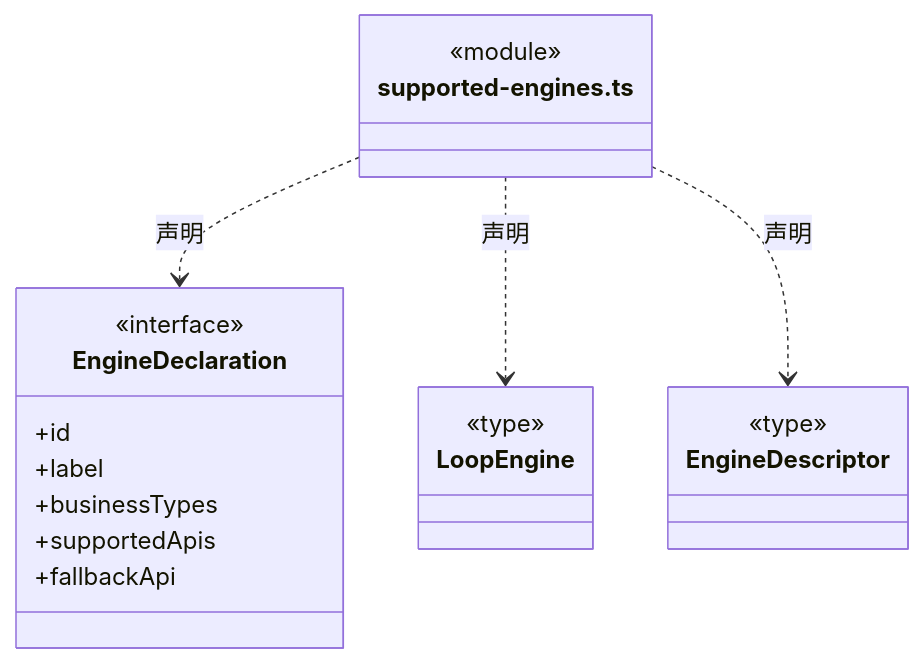
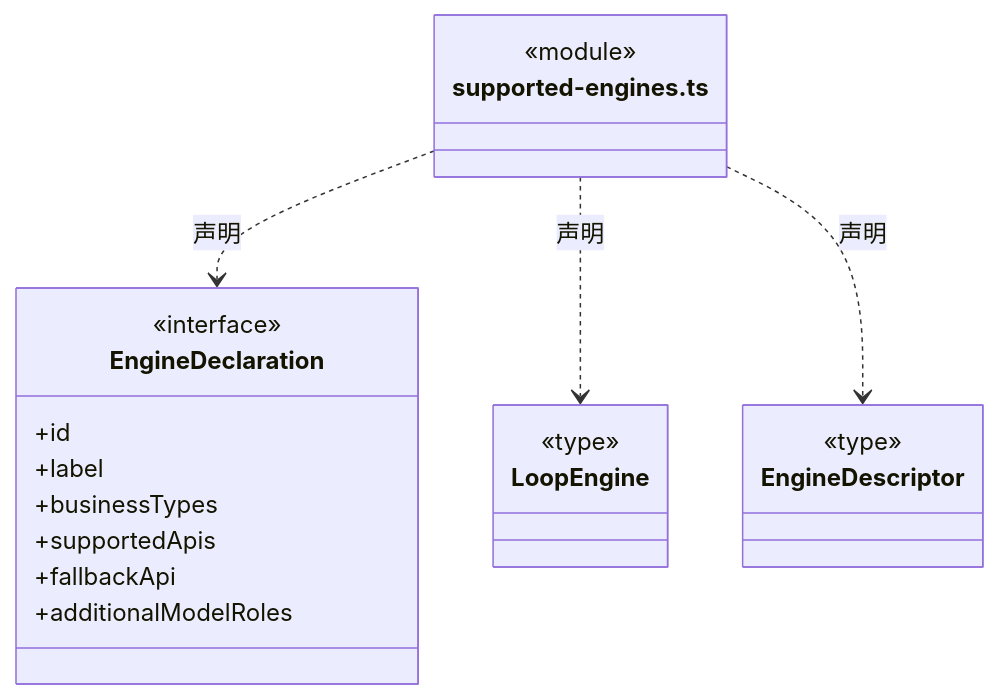
The diagram in src/logic/engines/catalog/ARCHITECTURE.md (nan023062/cbim), drawn with Mermaid before and after one commit. The commit also changed other lines of this file and 62 other files, not shown here.

Commit message:
feat(engines): freeze versioned model roles across agent execution

````diff
--- a/src/logic/engines/catalog/ARCHITECTURE.md
+++ b/src/logic/engines/catalog/ARCHITECTURE.md
@@ -19,25 +19,26 @@
 ```mermaid
 classDiagram
 class N_src_logic_engines_catalog_supported_engines_ts["supported-engines.ts"] {
   <<module>>
 }
 class N_src_logic_engines_catalog_supported_engines_ts_EngineDeclaration["EngineDeclaration"] {
   <<interface>>
   +id
   +label
   +businessTypes
   +supportedApis
   +fallbackApi
+  +additionalModelRoles
 }
 N_src_logic_engines_catalog_supported_engines_ts ..> N_src_logic_engines_catalog_supported_engines_ts_EngineDeclaration : 声明
 class N_src_logic_engines_catalog_supported_engines_ts_LoopEngine["LoopEngine"] {
   <<type>>
 
 }
 N_src_logic_engines_catalog_supported_engines_ts ..> N_src_logic_engines_catalog_supported_engines_ts_LoopEngine : 声明
 class N_src_logic_engines_catalog_supported_engines_ts_EngineDescriptor["EngineDescriptor"] {
   <<type>>
 
 }
 N_src_logic_engines_catalog_supported_engines_ts ..> N_src_logic_engines_catalog_supported_engines_ts_EngineDescriptor : 声明
 ```
````
